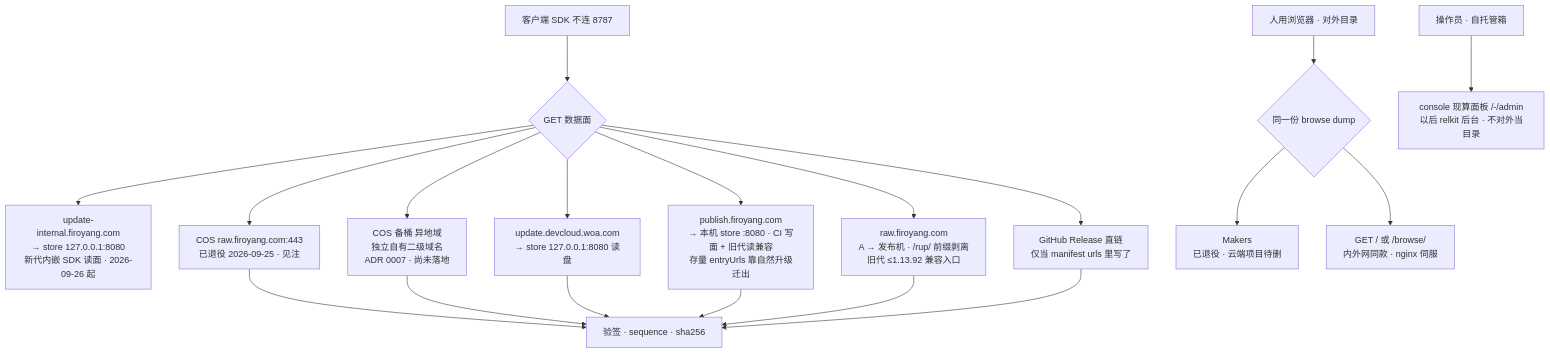
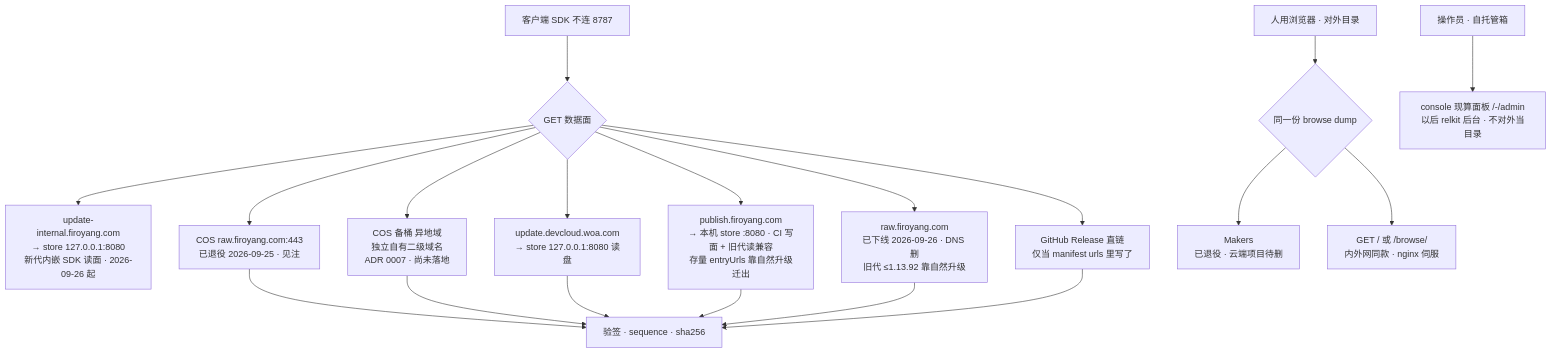
The second of 2 diagrams in docs/design/publish-topology.md (shichao402/relkit), drawn with Mermaid before and after one commit. The commit also changed other lines of this file, not shown here.

Commit message:
docs: retire raw compat plane (DNS record, vhost, cert) with verification

````diff
--- a/docs/design/publish-topology.md
+++ b/docs/design/publish-topology.md
@@ -95,23 +95,23 @@
 ```mermaid
 flowchart TB
   sdk["客户端 SDK 不连 8787"] --> get{"GET 数据面"}
   get --> intGet["update-internal.firoyang.com<br/>→ store 127.0.0.1:8080<br/>新代内嵌 SDK 读面 · 2026-09-26 起"]
   get --> cosGet["COS raw.firoyang.com:443<br/>已退役 2026-09-25 · 见注"]
   get --> cosBackup["COS 备桶 异地域<br/>独立自有二级域名<br/>ADR 0007 · 尚未落地"]
   get --> woaGet["update.devcloud.woa.com<br/>→ store 127.0.0.1:8080 读盘"]
   get --> pubGet["publish.firoyang.com<br/>→ 本机 store :8080 · CI 写面 + 旧代读兼容<br/>存量 entryUrls 靠自然升级迁出"]
-  get --> rawCompat["raw.firoyang.com<br/>A → 发布机 · /rup/ 前缀剥离<br/>旧代 ≤1.13.92 兼容入口"]
+  get --> rawCompat["raw.firoyang.com<br/>已下线 2026-09-26 · DNS 删<br/>旧代 ≤1.13.92 靠自然升级"]
   get --> relGet["GitHub Release 直链<br/>仅当 manifest urls 里写了"]
   cosGet --> verify["验签 · sequence · sha256"]
   cosBackup --> verify
   woaGet --> verify
   pubGet --> verify
   rawCompat --> verify
   relGet --> verify
 
   human["人用浏览器 · 对外目录"] --> site{"同一份 browse dump"}
   site --> makersGet["Makers<br/>已退役 · 云端项目待删"]
   site --> pages["GET / 或 /browse/<br/>内外网同款 · nginx 伺服"]
 
     ops["操作员 · 自托管箱"] --> panel["console 现算面板 /-/admin<br/>以后 relkit 后台 · 不对外当目录"]
 ```
````
